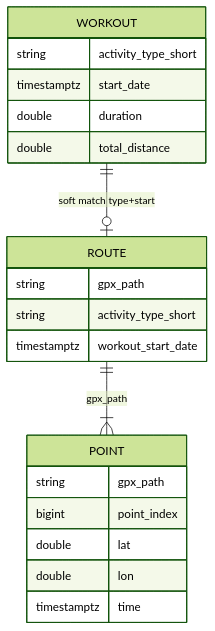
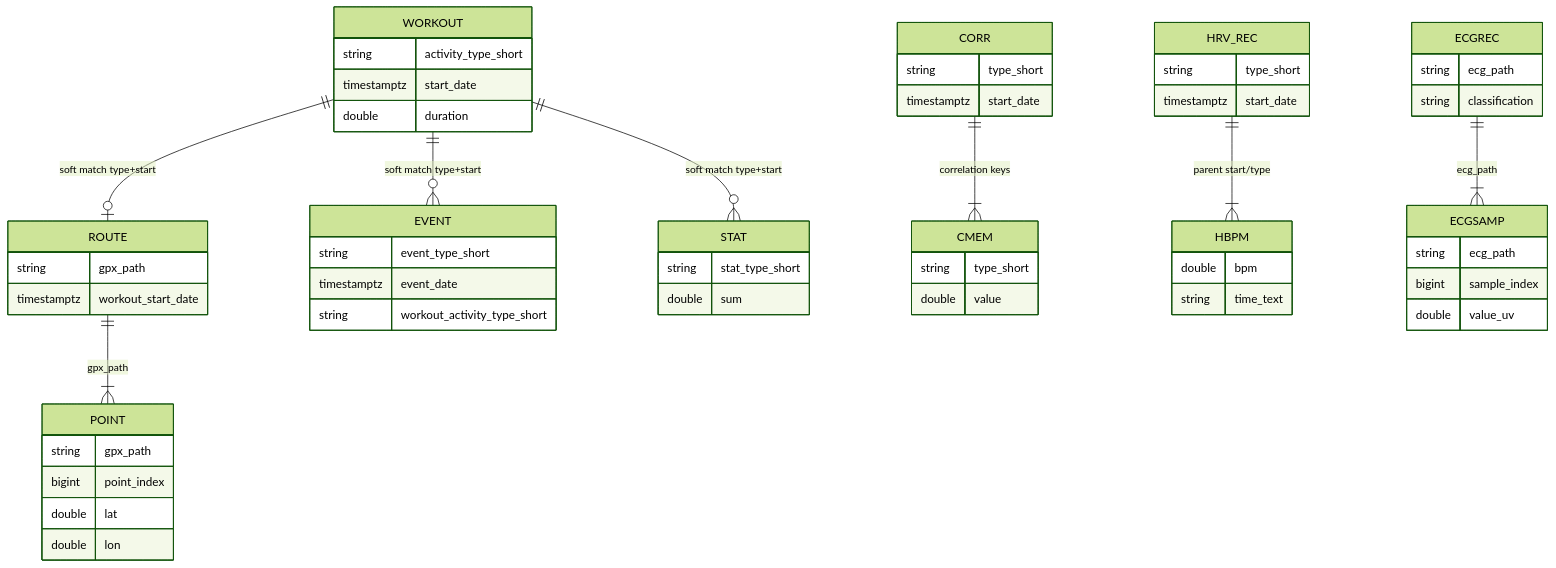
One commit to Mjboothaus/duckdb-healthkit-export changed the second of 3 diagrams in docs/ERD.md. Above: the diagram before and after it, drawn with Mermaid (forest theme). The commit also changed other lines of this file and 7 other files, not shown here.

````diff
--- a/docs/ERD.md
+++ b/docs/ERD.md
@@ -66,24 +80,60 @@
 ```mermaid
 erDiagram
   WORKOUT ||--o| ROUTE : "soft match type+start"
+  WORKOUT ||--o{ EVENT : "soft match type+start"
+  WORKOUT ||--o{ STAT : "soft match type+start"
   ROUTE ||--|{ POINT : "gpx_path"
+  CORR ||--|{ CMEM : "correlation keys"
+  HRV_REC ||--|{ HBPM : "parent start/type"
+  ECGREC ||--|{ ECGSAMP : "ecg_path"
 
   WORKOUT {
     string activity_type_short
     timestamptz start_date
     double duration
-    double total_distance
+  }
+  EVENT {
+    string event_type_short
+    timestamptz event_date
+    string workout_activity_type_short
+  }
+  STAT {
+    string stat_type_short
+    double sum
   }
   ROUTE {
     string gpx_path
-    string activity_type_short
     timestamptz workout_start_date
   }
   POINT {
     string gpx_path
     bigint point_index
     double lat
     double lon
-    timestamptz time
+  }
+  CORR {
+    string type_short
+    timestamptz start_date
+  }
+  CMEM {
+    string type_short
+    double value
+  }
+  HRV_REC {
+    string type_short
+    timestamptz start_date
+  }
+  HBPM {
+    double bpm
+    string time_text
+  }
+  ECGREC {
+    string ecg_path
+    string classification
+  }
+  ECGSAMP {
+    string ecg_path
+    bigint sample_index
+    double value_uv
   }
 ```
````
